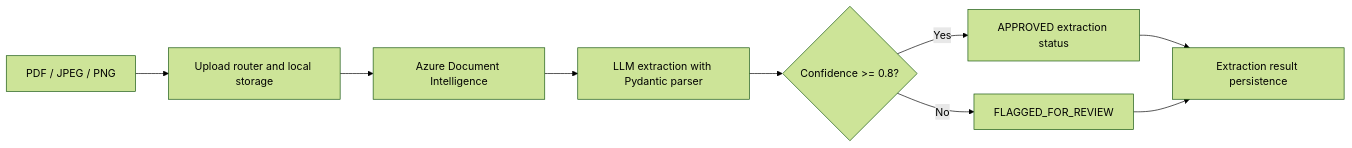
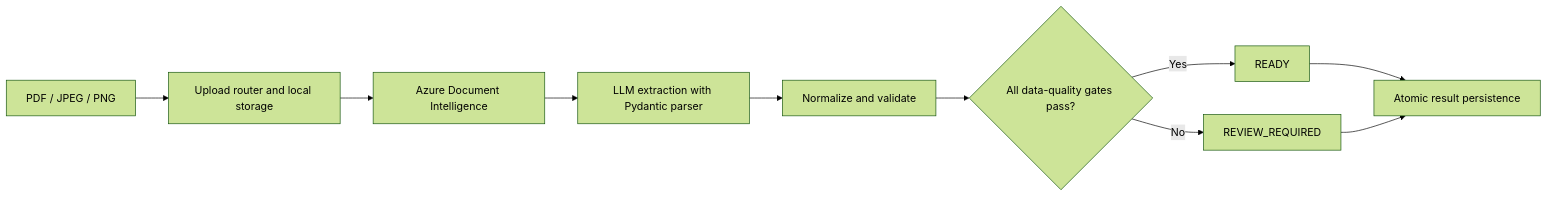
One commit to jengaWiz/Intelligent-Healthcare-Claims-system changed the diagram in README.md. Above: the diagram before and after it, drawn with Mermaid (forest theme). The commit also changed other lines of this file and 2 other files, not shown here.

Commit message:
docs: describe processing gates and result transaction boundaries

````diff
--- a/README.md
+++ b/README.md
@@ -27,11 +27,12 @@
 ```mermaid
 flowchart LR
     A[PDF / JPEG / PNG] --> B[Upload router and local storage]
     B --> C[Azure Document Intelligence]
     C --> D[LLM extraction with Pydantic parser]
-    D --> E{Confidence >= 0.8?}
-    E -->|Yes| F[APPROVED extraction status]
-    E -->|No| G[FLAGGED_FOR_REVIEW]
-    F --> H[Extraction result persistence]
-    G --> H
+    D --> E[Normalize and validate]
+    E --> F{All data-quality gates pass?}
+    F -->|Yes| G[READY]
+    F -->|No| H[REVIEW_REQUIRED]
+    G --> I[Atomic result persistence]
+    H --> I
 ```
````
